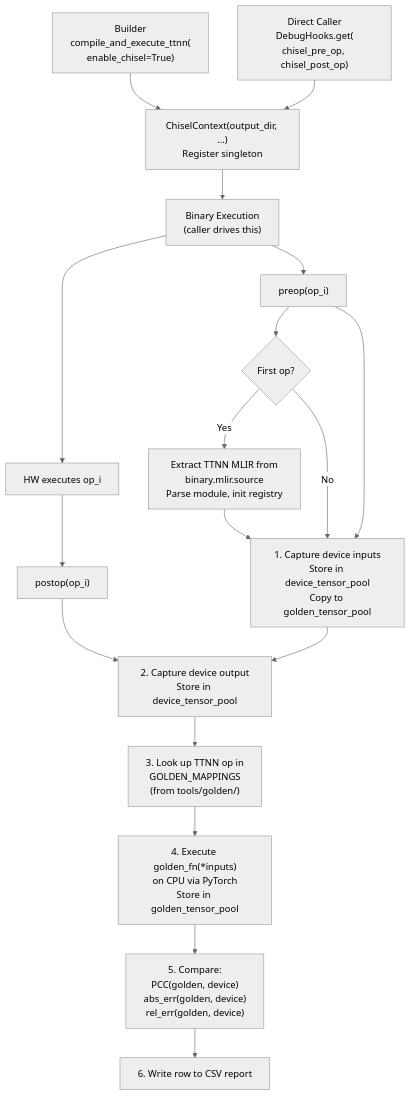
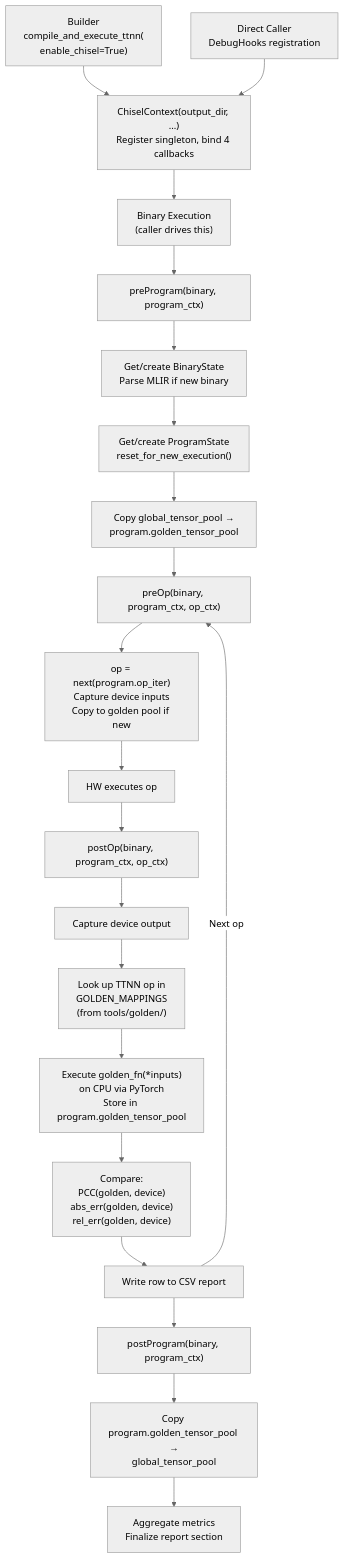
Before and after one commit to tenstorrent/tt-mlir: the second of 4 diagrams in tools/chisel/docs/architecture.md, drawn with Mermaid (neutral theme). The commit also changed other lines of this file and 7 other files, not shown here.

````diff
--- a/tools/chisel/docs/architecture.md
+++ b/tools/chisel/docs/architecture.md
@@ -78,25 +135,32 @@
 ```mermaid
 flowchart TD;
     BUILDER["Builder<br/>compile_and_execute_ttnn(<br/>enable_chisel=True)"]
-    DIRECT["Direct Caller<br/>DebugHooks.get(<br/>chisel_pre_op, chisel_post_op)"]
+    DIRECT["Direct Caller<br/>DebugHooks registration"]
 
-    BUILDER --> INIT["ChiselContext(output_dir, ...)<br/>Register singleton"]
+    BUILDER --> INIT["ChiselContext(output_dir, ...)<br/>Register singleton, bind 4 callbacks"]
     DIRECT --> INIT
 
     INIT --> EXEC["Binary Execution<br/>(caller drives this)"]
-    EXEC --> PRE["preop(op_i)"]
-    EXEC --> HW["HW executes op_i"]
-    HW --> POST["postop(op_i)"]
 
-    PRE --> S0{"First op?"}
-    S0 -->|Yes| EXTRACT["Extract TTNN MLIR from<br/>binary.mlir.source<br/>Parse module, init registry"]
-    EXTRACT --> S1
-    S0 -->|No| S1
-    PRE --> S1["1. Capture device inputs<br/>Store in device_tensor_pool<br/>Copy to golden_tensor_pool"]
-    POST --> S2["2. Capture device output<br/>Store in device_tensor_pool"]
-    S1 --> S2
-    S2 --> S3["3. Look up TTNN op in<br/>GOLDEN_MAPPINGS<br/>(from tools/golden/)"]
-    S3 --> S4["4. Execute golden_fn(*inputs)<br/>on CPU via PyTorch<br/>Store in golden_tensor_pool"]
-    S4 --> S5["5. Compare:<br/>PCC(golden, device)<br/>abs_err(golden, device)<br/>rel_err(golden, device)"]
-    S5 --> S6["6. Write row to CSV report"]
+    EXEC --> PREPROG["preProgram(binary, program_ctx)"]
+    PREPROG --> S0["Get/create BinaryState<br/>Parse MLIR if new binary"]
+    S0 --> S1["Get/create ProgramState<br/>reset_for_new_execution()"]
+    S1 --> S2["Copy global_tensor_pool →<br/>program.golden_tensor_pool"]
+
+    S2 --> PREOP["preOp(binary, program_ctx, op_ctx)"]
+    PREOP --> S3["op = next(program.op_iter)<br/>Capture device inputs<br/>Copy to golden pool if new"]
+
+    S3 --> HW["HW executes op"]
+    HW --> POSTOP["postOp(binary, program_ctx, op_ctx)"]
+    POSTOP --> S4["Capture device output"]
+    S4 --> S5["Look up TTNN op in<br/>GOLDEN_MAPPINGS<br/>(from tools/golden/)"]
+    S5 --> S6["Execute golden_fn(*inputs)<br/>on CPU via PyTorch<br/>Store in program.golden_tensor_pool"]
+    S6 --> S7["Compare:<br/>PCC(golden, device)<br/>abs_err(golden, device)<br/>rel_err(golden, device)"]
+    S7 --> S8["Write row to CSV report"]
+
+    S8 -->|"Next op"| PREOP
+
+    S8 --> POSTPROG["postProgram(binary, program_ctx)"]
+    POSTPROG --> S9["Copy program.golden_tensor_pool →<br/>global_tensor_pool"]
+    S9 --> S10["Aggregate metrics<br/>Finalize report section"]
 ```
````
